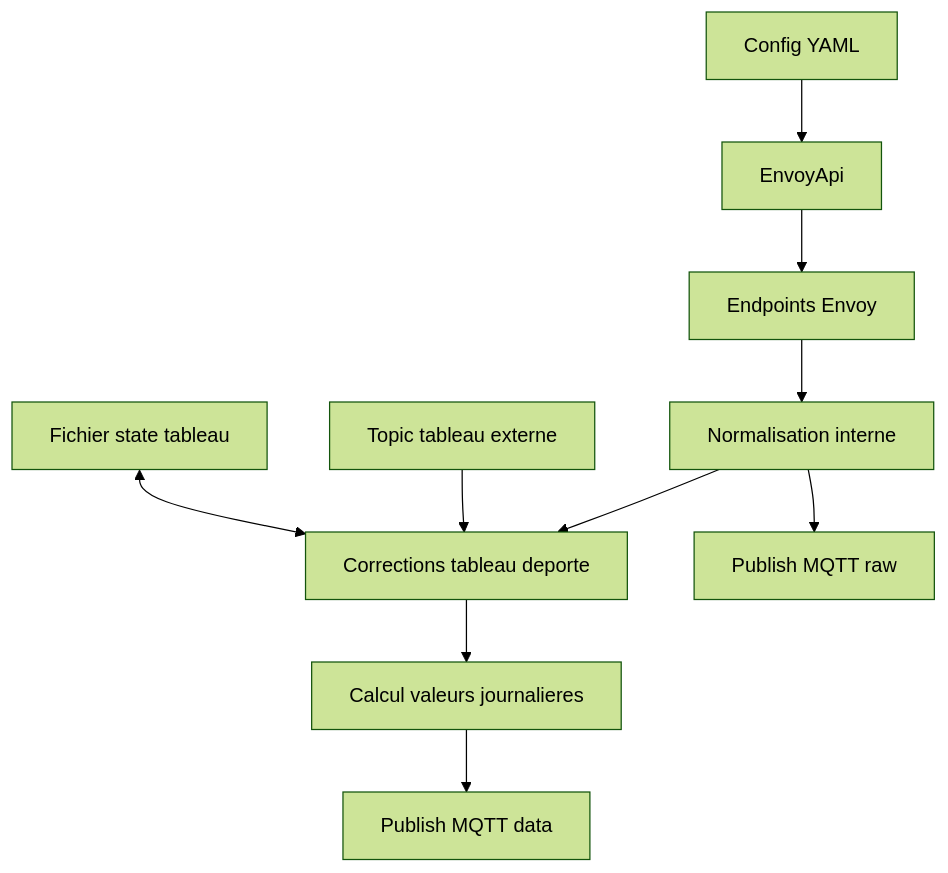
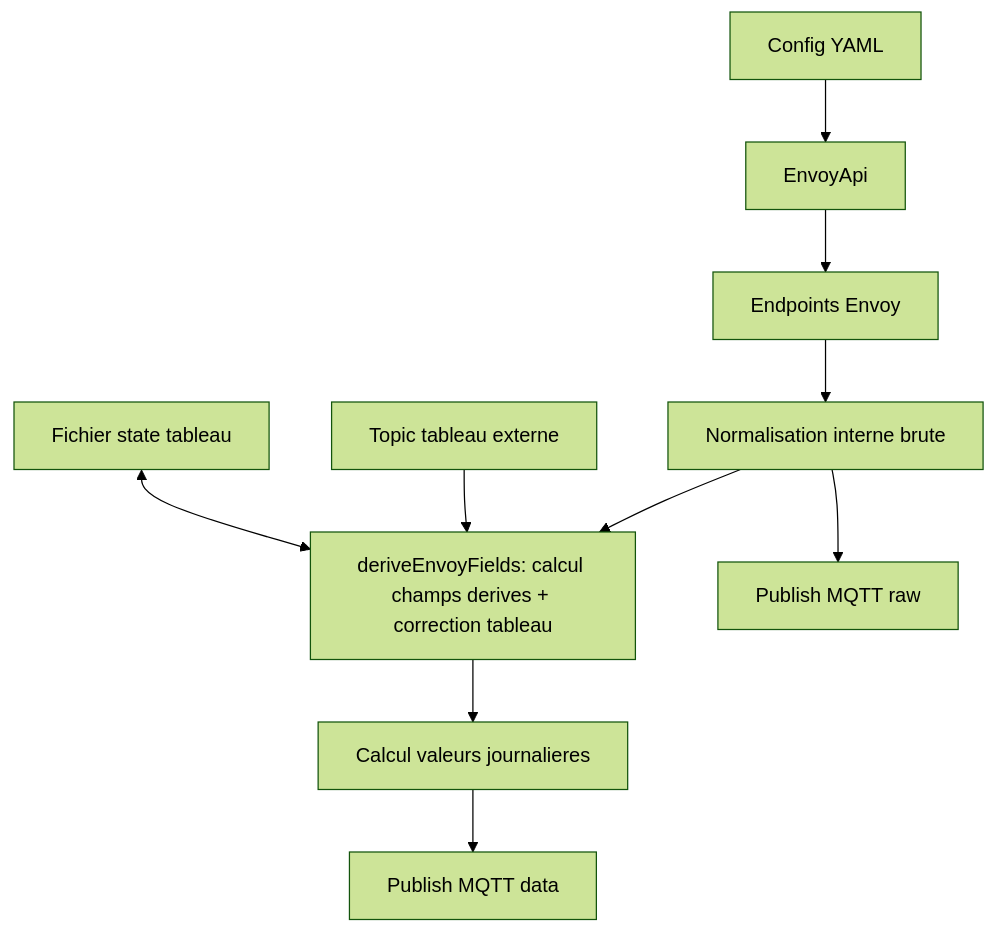
The diagram in docs/envoy-data-pipeline.md (Mamath2000/envoyJS), drawn with Mermaid (forest theme) before and after one commit. The commit also changed other lines of this file and 7 other files, not shown here.

````diff
--- a/docs/envoy-data-pipeline.md
+++ b/docs/envoy-data-pipeline.md
@@ -24,12 +24,12 @@
 ```mermaid
 flowchart TD
 	A[Config YAML] --> B[EnvoyApi]
 	B --> C[Endpoints Envoy]
-	C --> D[Normalisation interne]
-	D --> E[Corrections tableau deporte]
+	C --> D[Normalisation interne brute]
+	D --> E[deriveEnvoyFields: calcul champs derives + correction tableau]
 	E --> F[Calcul valeurs journalieres]
 	F --> G[Publish MQTT data]
 	D --> H[Publish MQTT raw]
 	I[Topic tableau externe] --> E
 	J[Fichier state tableau] <--> E
 ```
````
